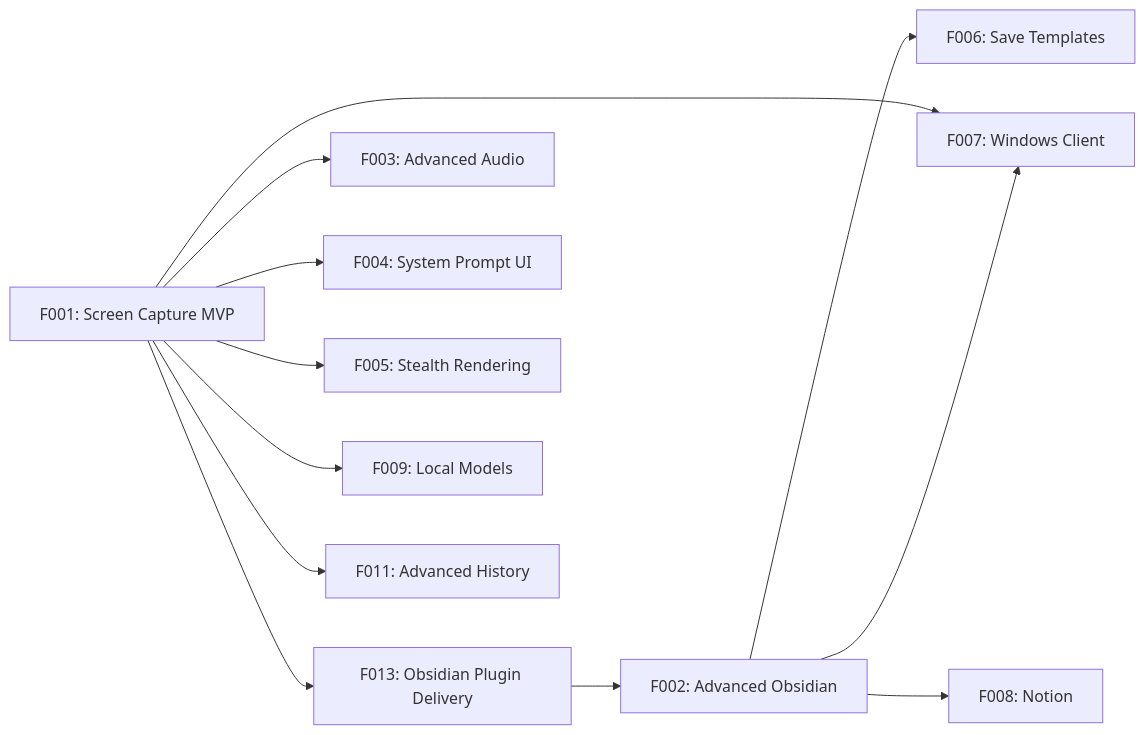
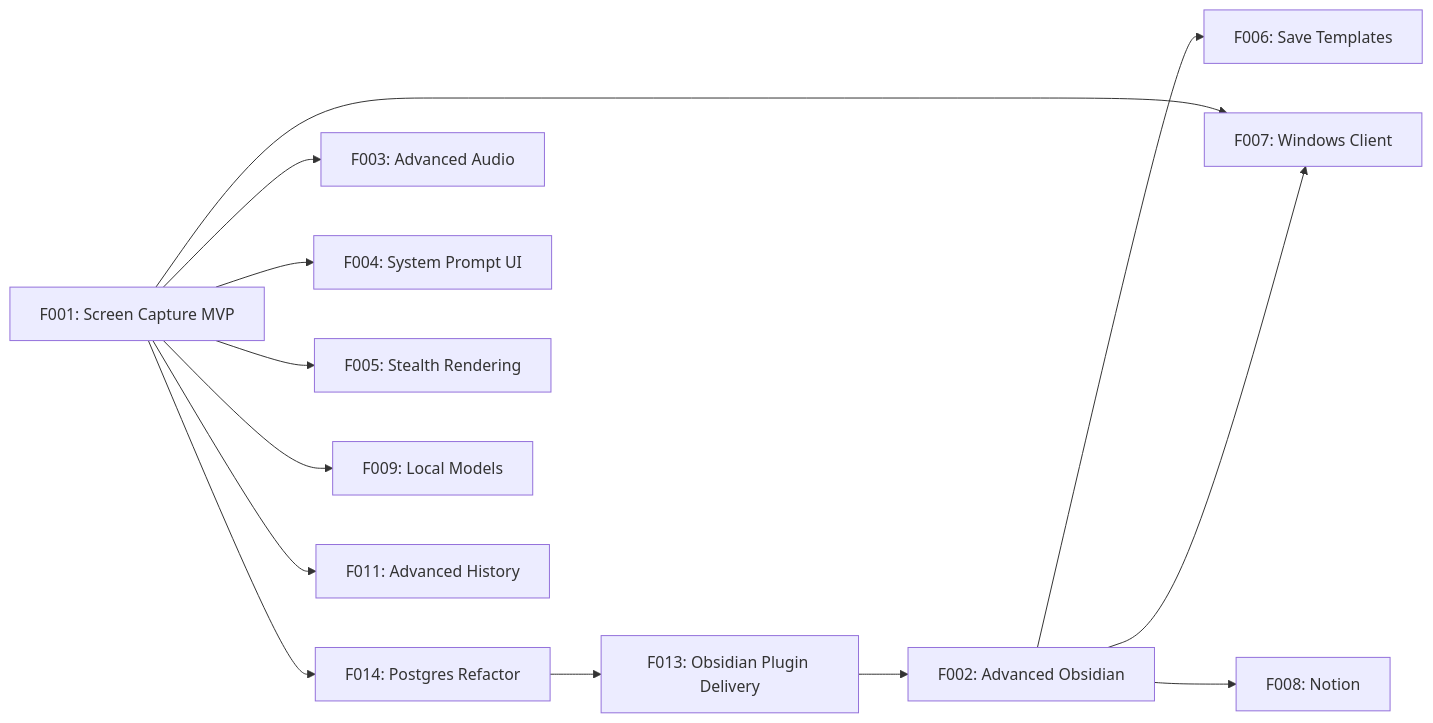
Before and after one commit to bgabrielma/gotit: the diagram in BOARD.md, drawn with Mermaid. The commit also changed other lines of this file, not shown here.

First line of the commit message:
docs(board): mark F001 in progress, add F014 (Postgres) and F013 (Obsidian plugin)

````diff
--- a/BOARD.md
+++ b/BOARD.md
@@ -58,14 +66,15 @@
 ```mermaid
 graph LR
-    F001[F001: Screen Capture MVP] --> F013[F013: Obsidian Plugin Delivery]
+    F001[F001: Screen Capture MVP] --> F014[F014: Postgres Refactor]
+    F014 --> F013[F013: Obsidian Plugin Delivery]
     F013 --> F002[F002: Advanced Obsidian]
     F001 --> F003[F003: Advanced Audio]
     F001 --> F004[F004: System Prompt UI]
     F001 --> F005[F005: Stealth Rendering]
     F002 --> F006[F006: Save Templates]
     F001 --> F007[F007: Windows Client]
     F002 --> F007
     F002 --> F008[F008: Notion]
     F001 --> F009[F009: Local Models]
     F001 --> F011[F011: Advanced History]
 ```
````
